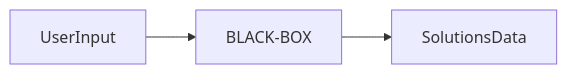
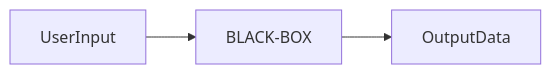
Before and after one commit to avgcampos/myfempy: the third of 4 diagrams in docs/user_manual.md, drawn with Mermaid. The commit also changed other lines of this file and 116 other files, not shown here.

````diff
--- a/docs/user_manual.md
+++ b/docs/user_manual.md
@@ -66,5 +66,5 @@
 ```mermaid
 graph LR
 UserInput --> BLACK-BOX
-BLACK-BOX --> SolutionsData
+BLACK-BOX --> OutputData
 ```
````
